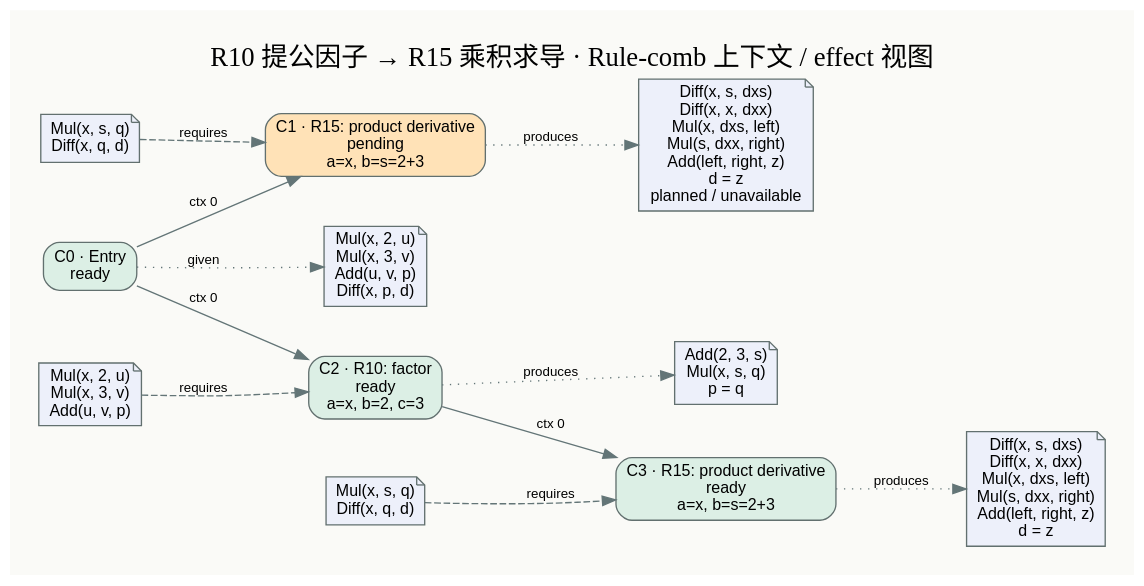
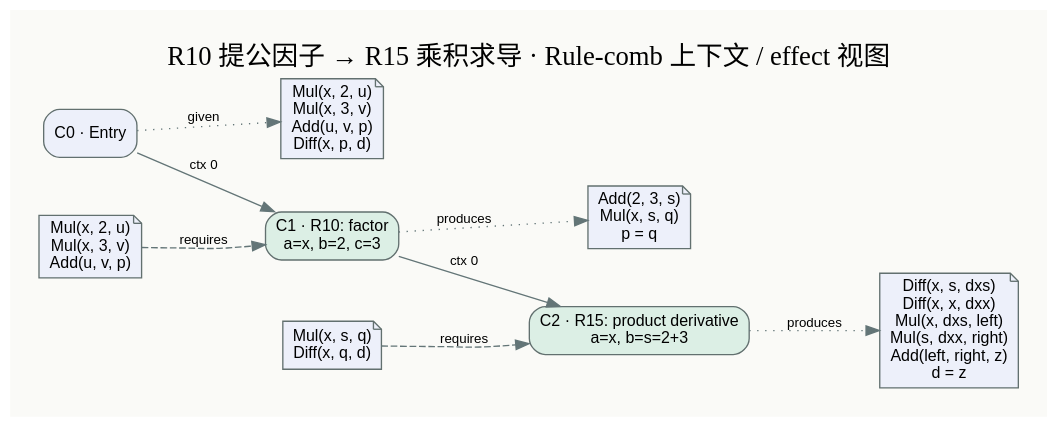
One commit to MilkBlock/fractal_egraph changed the diagram in experiments/tier1_effects/concrete.dot. Above: the diagram before and after it, drawn with Graphviz. The commit also changed 32 other files, not shown here.

```diff
--- a/experiments/tier1_effects/concrete.dot
+++ b/experiments/tier1_effects/concrete.dot
@@ -1,27 +1,21 @@
 digraph G {
 graph [rankdir=LR,bgcolor="#fafaf7",pad=0.3,nodesep=0.45,ranksep=0.8];
 node [fontname="Arial",fontsize=12,shape=box,style="rounded,filled",color="#62706f"];
 edge [fontname="Arial",fontsize=10,color="#637577"];
 label="R10 提公因子 → R15 乘积求导 · Rule-comb 上下文 / effect 视图";labelloc=t;fontsize=20;
-c0 [label="C0 · Entry\nready",fillcolor="#dcefe5"];
+c0 [label="C0 · Entry",fillcolor="#edf0fa"];
 e0_given_0 [label="Mul(x, 2, u)\nMul(x, 3, v)\nAdd(u, v, p)\nDiff(x, p, d)",shape=note,fillcolor="#edf0fa"];
 c0 -> e0_given_0 [style=dotted,label="given"];
-c1 [label="C1 · R15: product derivative\npending\na=x, b=s=2+3",fillcolor="#ffe2b7"];
+c1 [label="C1 · R10: factor\na=x, b=2, c=3",fillcolor="#dcefe5"];
 c0 -> c1 [label="ctx 0"];
-e1_requires_0 [label="Mul(x, s, q)\nDiff(x, q, d)",shape=note,fillcolor="#edf0fa"];
+e1_requires_0 [label="Mul(x, 2, u)\nMul(x, 3, v)\nAdd(u, v, p)",shape=note,fillcolor="#edf0fa"];
 e1_requires_0 -> c1 [style=dashed,label="requires"];
-e1_produces_0 [label="Diff(x, s, dxs)\nDiff(x, x, dxx)\nMul(x, dxs, left)\nMul(s, dxx, right)\nAdd(left, right, z)\nd = z\nplanned / unavailable",shape=note,fillcolor="#edf0fa"];
+e1_produces_0 [label="Add(2, 3, s)\nMul(x, s, q)\np = q",shape=note,fillcolor="#edf0fa"];
 c1 -> e1_produces_0 [style=dotted,label="produces"];
-c2 [label="C2 · R10: factor\nready\na=x, b=2, c=3",fillcolor="#dcefe5"];
-c0 -> c2 [label="ctx 0"];
-e2_requires_0 [label="Mul(x, 2, u)\nMul(x, 3, v)\nAdd(u, v, p)",shape=note,fillcolor="#edf0fa"];
+c2 [label="C2 · R15: product derivative\na=x, b=s=2+3",fillcolor="#dcefe5"];
+c1 -> c2 [label="ctx 0"];
+e2_requires_0 [label="Mul(x, s, q)\nDiff(x, q, d)",shape=note,fillcolor="#edf0fa"];
 e2_requires_0 -> c2 [style=dashed,label="requires"];
-e2_produces_0 [label="Add(2, 3, s)\nMul(x, s, q)\np = q",shape=note,fillcolor="#edf0fa"];
+e2_produces_0 [label="Diff(x, s, dxs)\nDiff(x, x, dxx)\nMul(x, dxs, left)\nMul(s, dxx, right)\nAdd(left, right, z)\nd = z",shape=note,fillcolor="#edf0fa"];
 c2 -> e2_produces_0 [style=dotted,label="produces"];
-c3 [label="C3 · R15: product derivative\nready\na=x, b=s=2+3",fillcolor="#dcefe5"];
-c2 -> c3 [label="ctx 0"];
-e3_requires_0 [label="Mul(x, s, q)\nDiff(x, q, d)",shape=note,fillcolor="#edf0fa"];
-e3_requires_0 -> c3 [style=dashed,label="requires"];
-e3_produces_0 [label="Diff(x, s, dxs)\nDiff(x, x, dxx)\nMul(x, dxs, left)\nMul(s, dxx, right)\nAdd(left, right, z)\nd = z",shape=note,fillcolor="#edf0fa"];
-c3 -> e3_produces_0 [style=dotted,label="produces"];
 }
```
